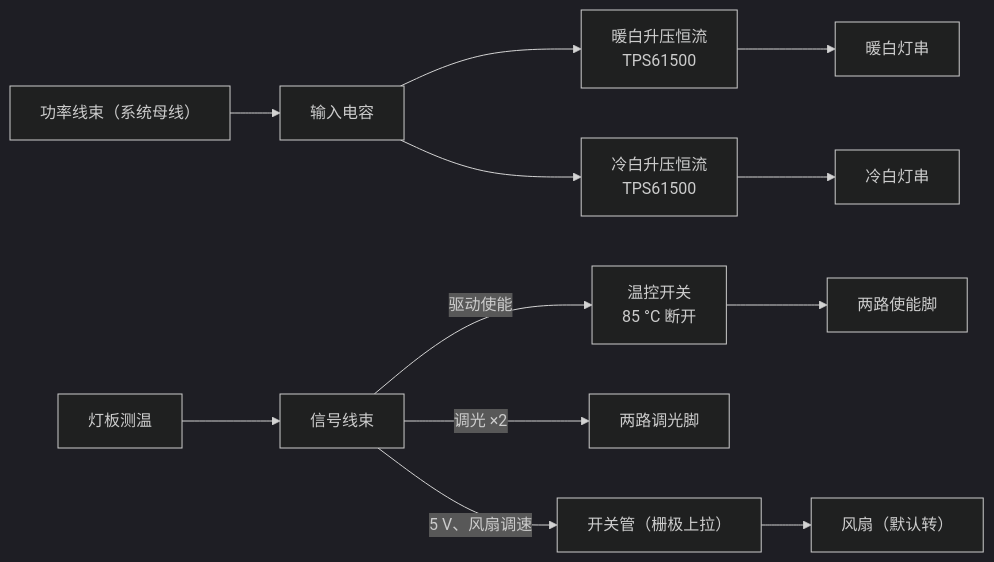
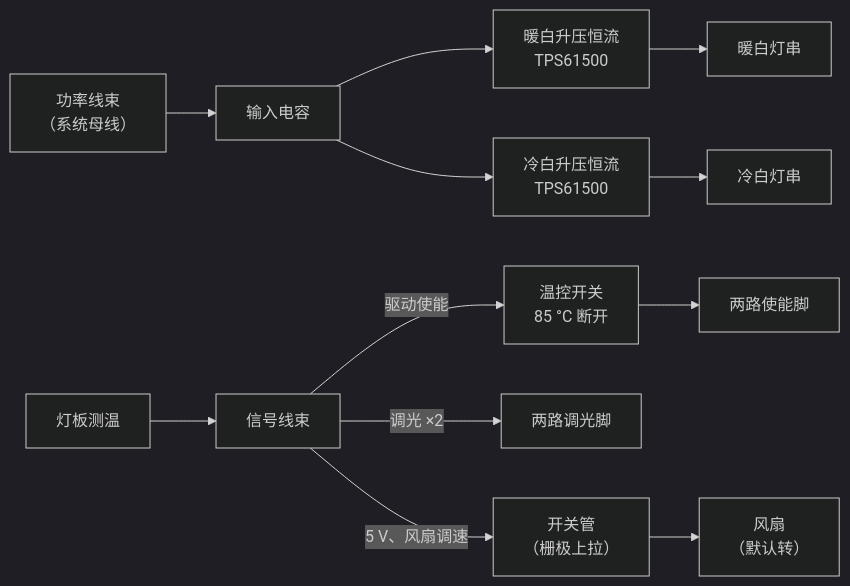
The second of 2 diagrams in docs/硬件架构设计书.md (jodancain/fill-light-15pro), drawn with Mermaid (dark theme) before and after one commit. The commit also changed other lines of this file and 2 other files, not shown here.

First line of the commit message:
框图标签手动换行，避免 GitHub 上把词断开

````diff
--- a/docs/硬件架构设计书.md
+++ b/docs/硬件架构设计书.md
@@ -65,10 +65,10 @@
 ```mermaid
 flowchart LR
-  PWR["功率线束（系统母线）"] --> CIN["输入电容"]
+  PWR["功率线束<br/>（系统母线）"] --> CIN["输入电容"]
   CIN --> DW["暖白升压恒流<br/>TPS61500"] --> LW["暖白灯串"]
   CIN --> DC["冷白升压恒流<br/>TPS61500"] --> LC["冷白灯串"]
   SIG["信号线束"] -->|"驱动使能"| TS["温控开关<br/>85 °C 断开"] --> EN["两路使能脚"]
   SIG -->|"调光 ×2"| DIM["两路调光脚"]
-  SIG -->|"5 V、风扇调速"| FQ["开关管（栅极上拉）"] --> FAN["风扇（默认转）"]
+  SIG -->|"5 V、风扇调速"| FQ["开关管<br/>（栅极上拉）"] --> FAN["风扇<br/>（默认转）"]
   NTC["灯板测温"] --> SIG
 ```
````
